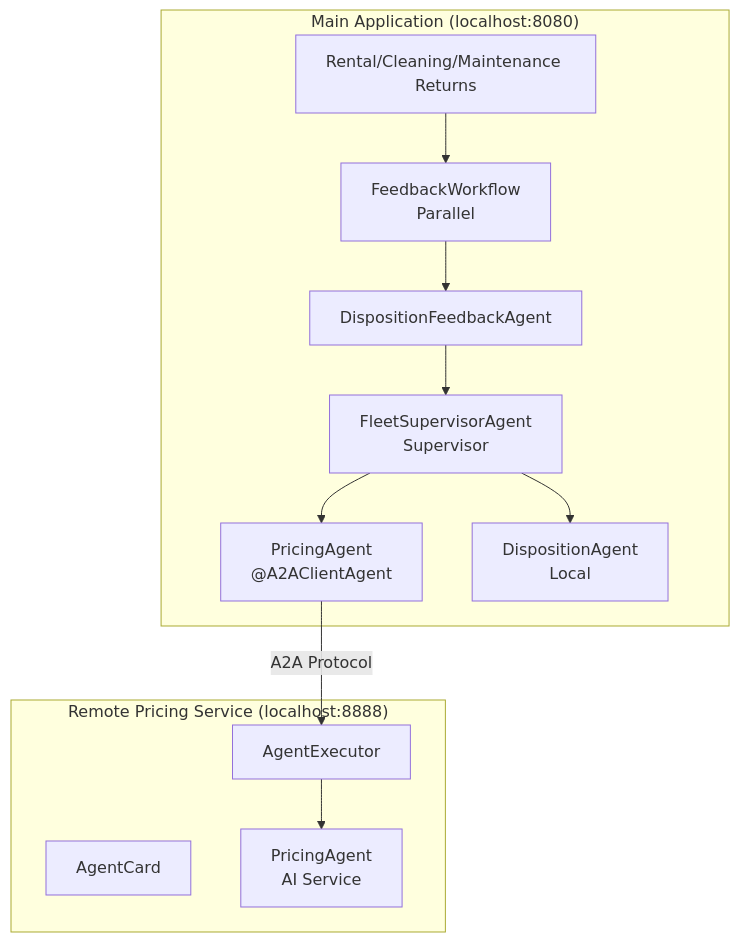
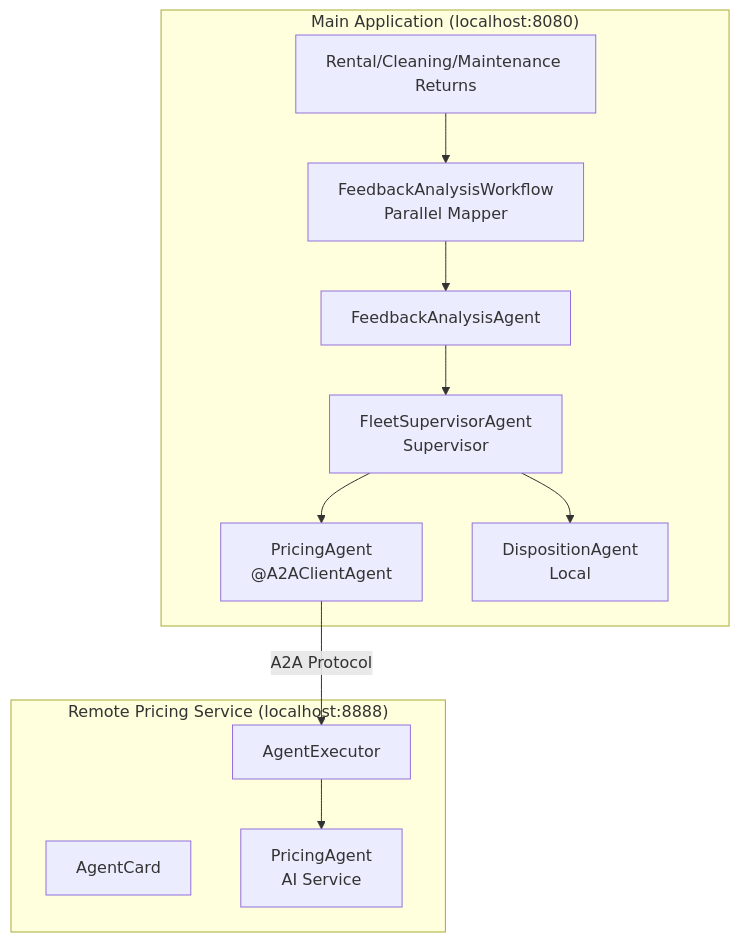
Before and after one commit to quarkusio/quarkus-workshop-langchain4j: the third of 4 diagrams in docs/docs/section-2/step-07.md, drawn with Mermaid. The commit also changed other lines of this file and 63 other files, not shown here.

First line of the commit message:
WIP: create single analysis agent with multiple parameters (#281)

````diff
--- a/docs/docs/section-2/step-07.md
+++ b/docs/docs/section-2/step-07.md
@@ -135,28 +135,28 @@
 ```mermaid
 graph TD
     subgraph "Main Application (localhost:8080)"
         R[Rental/Cleaning/Maintenance Returns]
-        FW[FeedbackWorkflow<br/>Parallel]
-        DFA[DispositionFeedbackAgent]
+        FW[FeedbackAnalysisWorkflow<br/>Parallel Mapper]
+        FA[FeedbackAnalysisAgent]
         FSA[FleetSupervisorAgent<br/>Supervisor]
         PAC["PricingAgent<br/>@A2AClientAgent"]
         DA[DispositionAgent<br/>Local]
 
         R --> FW
-        FW --> DFA
-        DFA --> FSA
+        FW --> FA
+        FA --> FSA
         FSA --> PAC
         FSA --> DA
     end
 
     subgraph "Remote Pricing Service (localhost:8888)"
         AC[AgentCard]
         AE[AgentExecutor]
         PAI[PricingAgent<br/>AI Service]
 
         AE --> PAI
     end
 
     PAC -->|A2A Protocol| AE
 
 ```
````
